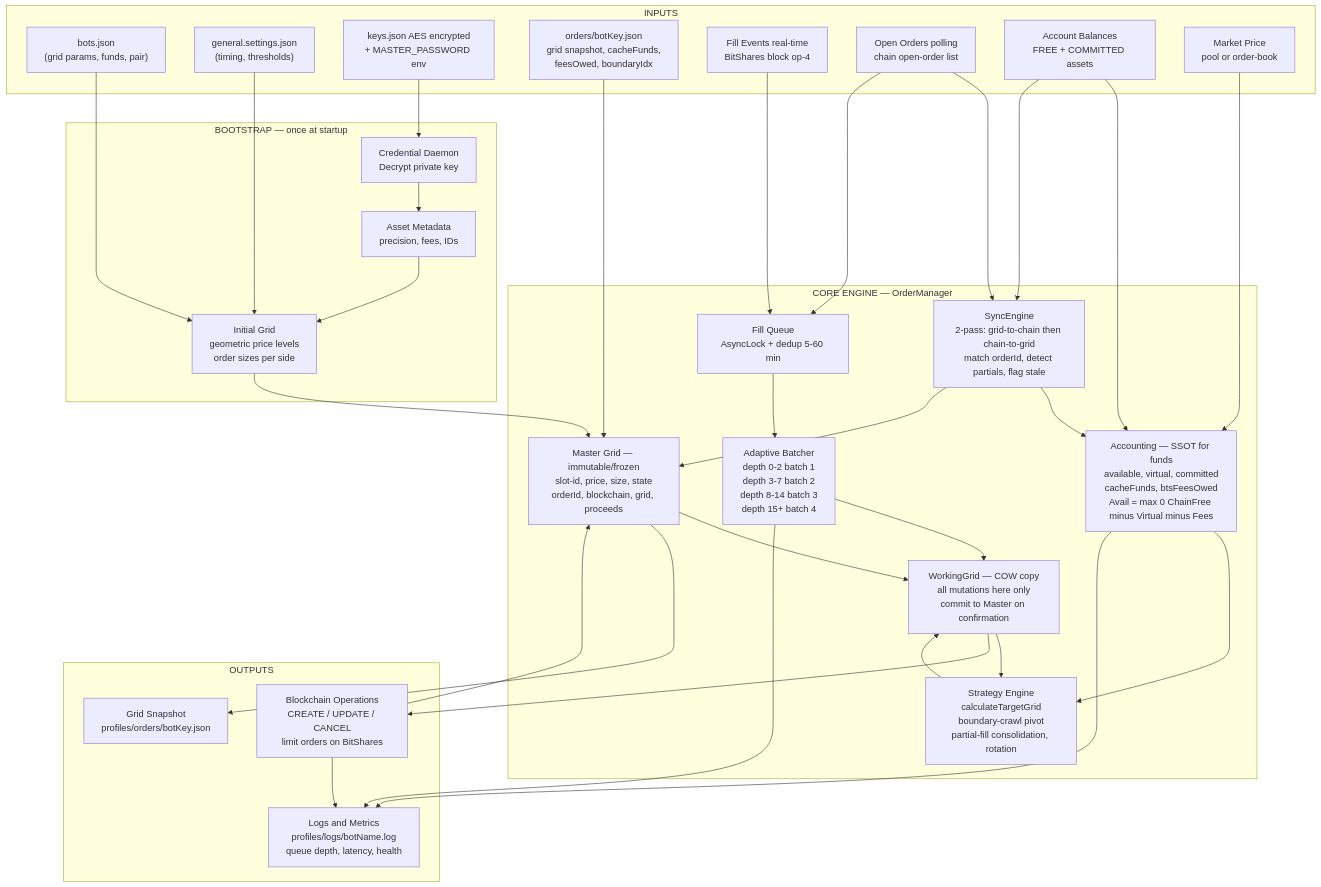
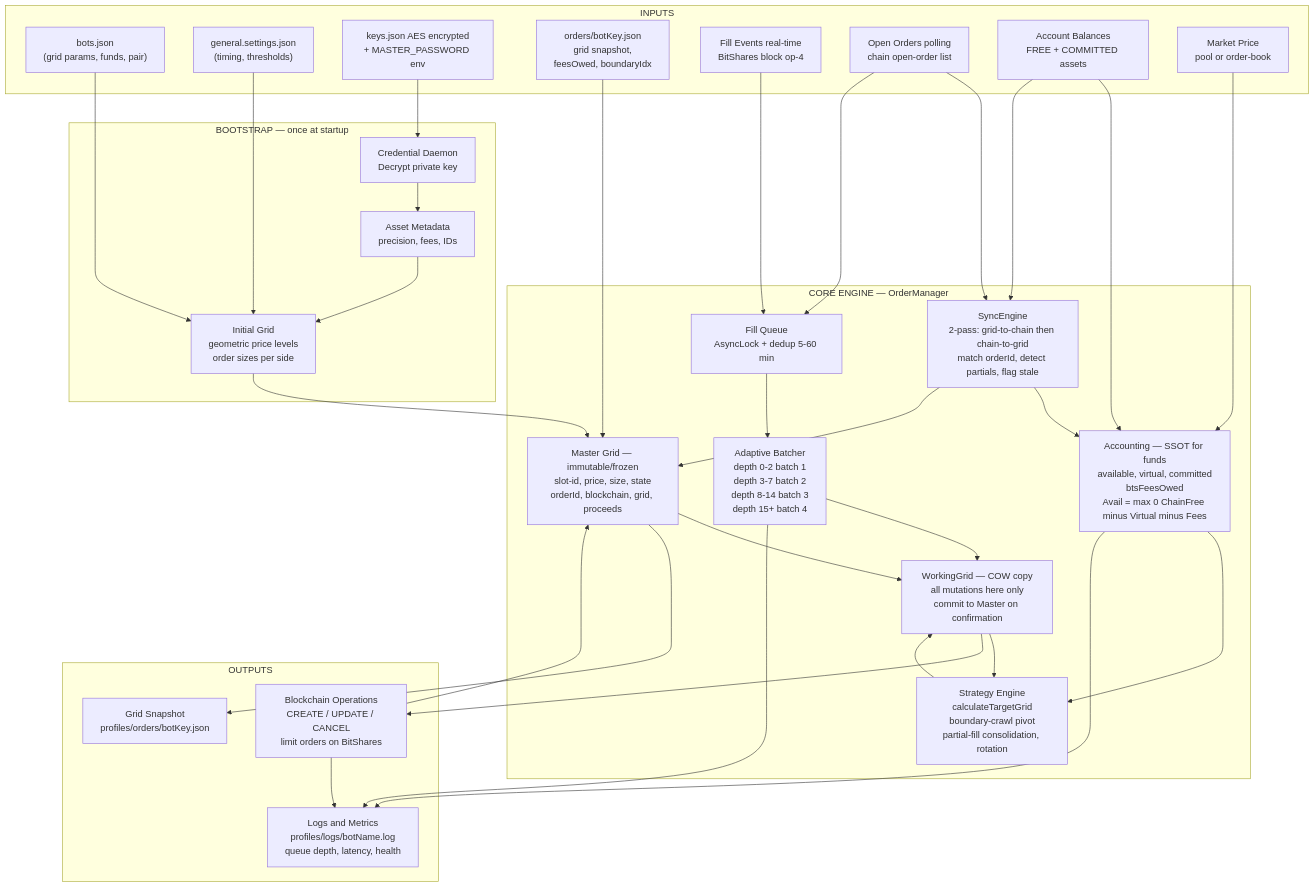
Before and after one commit to abitmore/DEXBot2: the first of 13 diagrams in docs/architecture.md, drawn with Mermaid. The commit also changed other lines of this file and 39 other files, not shown here.

First line of the commit message:
refactor: remove cacheFunds tracking and clean up documentation

````diff
--- a/docs/architecture.md
+++ b/docs/architecture.md
@@ -26,66 +26,66 @@
 ```mermaid
 flowchart TD
     subgraph IN["INPUTS"]
         CFG["bots.json<br/>(grid params, funds, pair)"]
         GS["general.settings.json<br/>(timing, thresholds)"]
         KEYS["keys.json AES encrypted<br/>+ MASTER_PASSWORD env"]
-        PERSIST["orders/botKey.json<br/>grid snapshot, cacheFunds,<br/>feesOwed, boundaryIdx"]
+        PERSIST["orders/botKey.json<br/>grid snapshot,<br/>feesOwed, boundaryIdx"]
         FILLEV["Fill Events real-time<br/>BitShares block op-4"]
         OPENORD["Open Orders polling<br/>chain open-order list"]
         BALANCES["Account Balances<br/>FREE + COMMITTED assets"]
         PRICE["Market Price<br/>pool or order-book"]
     end
 
     subgraph BOOT["BOOTSTRAP — once at startup"]
         AUTH["Credential Daemon<br/>Decrypt private key"]
         ASSETMETA["Asset Metadata<br/>precision, fees, IDs"]
         INITGRID["Initial Grid<br/>geometric price levels<br/>order sizes per side"]
     end
 
     subgraph ENGINE["CORE ENGINE — OrderManager"]
         MASTERGRID["Master Grid — immutable/frozen<br/>slot-id, price, size, state<br/>orderId, blockchain, grid, proceeds"]
         TWOPASS["SyncEngine<br/>2-pass: grid-to-chain then chain-to-grid<br/>match orderId, detect partials, flag stale"]
-        FUNDS["Accounting — SSOT for funds<br/>available, virtual, committed<br/>cacheFunds, btsFeesOwed<br/>Avail = max 0 ChainFree minus Virtual minus Fees"]
+        FUNDS["Accounting — SSOT for funds<br/>available, virtual, committed<br/>btsFeesOwed<br/>Avail = max 0 ChainFree minus Virtual minus Fees"]
         TARGET["Strategy Engine<br/>calculateTargetGrid<br/>boundary-crawl pivot<br/>partial-fill consolidation, rotation"]
         WORKGRID["WorkingGrid — COW copy<br/>all mutations here only<br/>commit to Master on confirmation"]
         FILLQUEUE["Fill Queue<br/>AsyncLock + dedup 5-60 min"]
         BATCHER["Adaptive Batcher<br/>depth 0-2 batch 1<br/>depth 3-7 batch 2<br/>depth 8-14 batch 3<br/>depth 15+ batch 4"]
     end
 
     subgraph OUT["OUTPUTS"]
         OPS["Blockchain Operations<br/>CREATE / UPDATE / CANCEL<br/>limit orders on BitShares"]
         SNAP["Grid Snapshot<br/>profiles/orders/botKey.json"]
         LOGS["Logs and Metrics<br/>profiles/logs/botName.log<br/>queue depth, latency, health"]
     end
 
     KEYS --> AUTH --> ASSETMETA
     CFG --> INITGRID
     GS --> INITGRID
     ASSETMETA --> INITGRID
     PERSIST --> MASTERGRID
     INITGRID --> MASTERGRID
 
     PRICE --> FUNDS
     BALANCES --> FUNDS
     BALANCES --> TWOPASS
     OPENORD --> TWOPASS
     TWOPASS --> FUNDS
     TWOPASS --> MASTERGRID
 
     FILLEV --> FILLQUEUE
     OPENORD --> FILLQUEUE
     FILLQUEUE --> BATCHER
     BATCHER --> WORKGRID
 
     MASTERGRID --> WORKGRID
     FUNDS --> TARGET
     WORKGRID --> TARGET
     TARGET --> WORKGRID
     WORKGRID --> OPS
     OPS --> MASTERGRID
 
     MASTERGRID --> SNAP
     FUNDS --> LOGS
     BATCHER --> LOGS
     OPS --> LOGS
 ```
````
